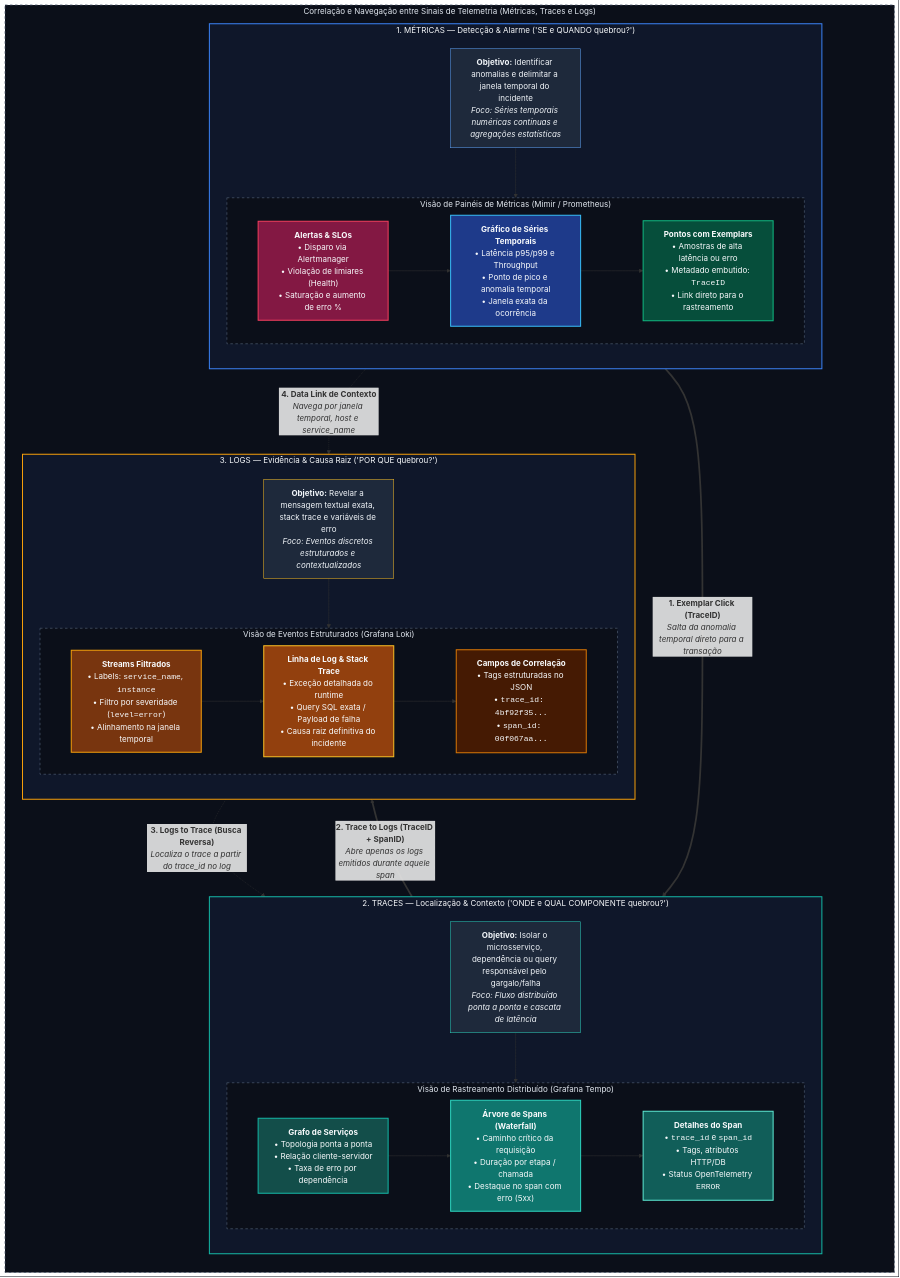
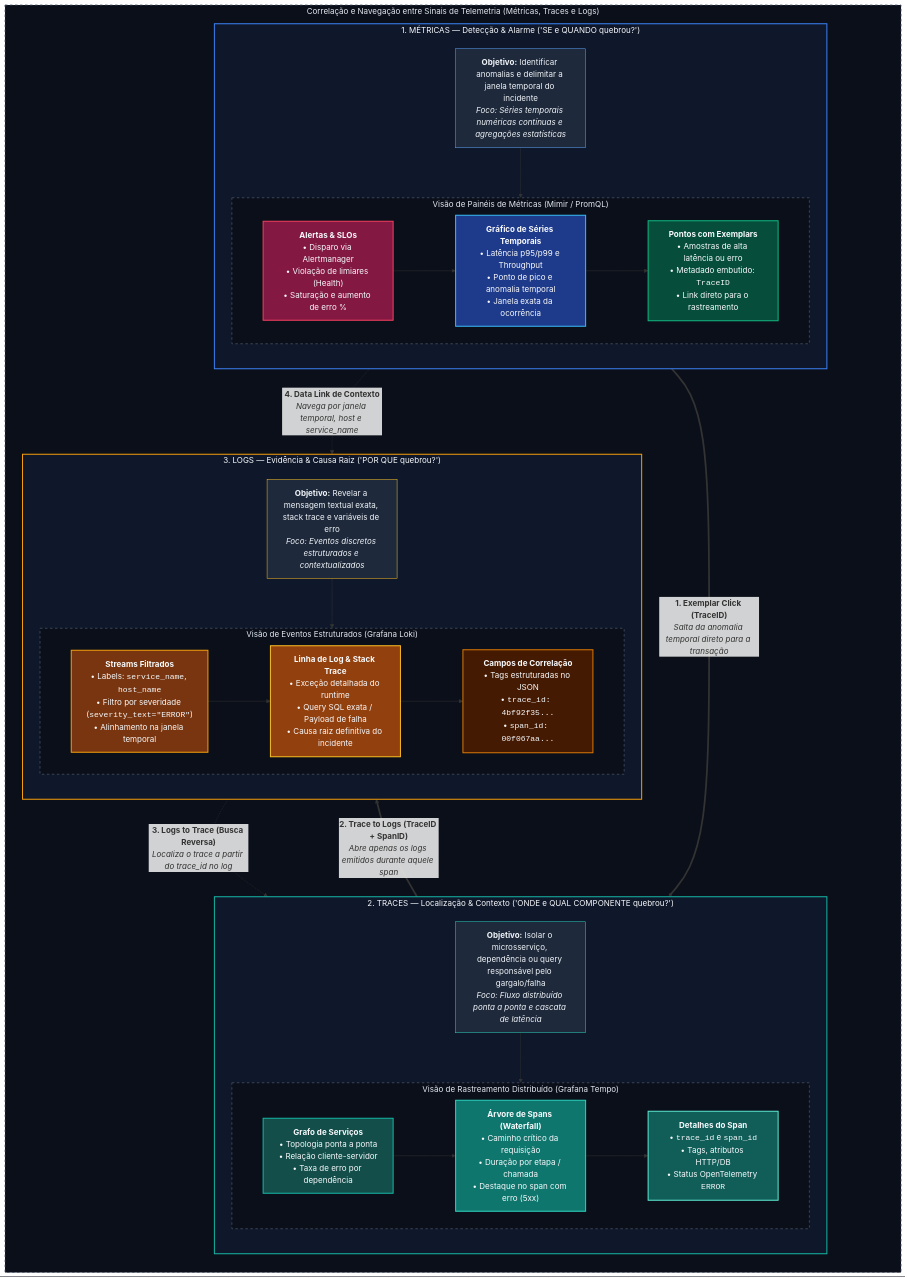
The diagram in docs/diagrams/telemetry-signals-correlation.mmd (danielsabatini/lgtm-stack-otel), drawn with Mermaid before and after one commit. The commit also changed 80 other files, not shown here.

```diff
--- a/docs/diagrams/telemetry-signals-correlation.mmd
+++ b/docs/diagrams/telemetry-signals-correlation.mmd
@@ -1,116 +1,116 @@
 flowchart TB
     %% =========================================================================
     %% Diagrama: Correlação e Navegação entre os 3 Sinais da Observabilidade
     %% Documento: docs/OBSERVABILITY-METHODOLOGY.md
     %% =========================================================================
 
     subgraph ObservabilityPillars ["Correlação e Navegação entre Sinais de Telemetria (Métricas, Traces e Logs)"]
         direction TB
 
         %% ---------------------------------------------------------------------
         %% 1. DOMÍNIO DE MÉTRICAS
         %% ---------------------------------------------------------------------
         subgraph MetricsDomain ["1. MÉTRICAS — Detecção & Alarme ('SE e QUANDO quebrou?')"]
             direction TB
             MetricsInfo["<b>Objetivo:</b> Identificar anomalias e delimitar a janela temporal do incidente<br/><i>Foco: Séries temporais numéricas contínuas e agregações estatísticas</i>"]
 
-            subgraph MetricsComponents ["Visão de Painéis de Métricas (Mimir / Prometheus)"]
+            subgraph MetricsComponents ["Visão de Painéis de Métricas (Mimir / PromQL)"]
                 direction LR
                 Alerts["<b>Alertas & SLOs</b><br/>• Disparo via Alertmanager<br/>• Violação de limiares (Health)<br/>• Saturação e aumento de erro %"]
                 TimeSeries["<b>Gráfico de Séries Temporais</b><br/>• Latência p95/p99 e Throughput<br/>• Ponto de pico e anomalia temporal<br/>• Janela exata da ocorrência"]
                 Exemplars["<b>Pontos com Exemplars</b><br/>• Amostras de alta latência ou erro<br/>• Metadado embutido: <code>TraceID</code><br/>• Link direto para o rastreamento"]
             end
             MetricsInfo --> MetricsComponents
             Alerts --> TimeSeries
             TimeSeries --> Exemplars
         end
 
         %% ---------------------------------------------------------------------
         %% 2. DOMÍNIO DE TRACES
         %% ---------------------------------------------------------------------
         subgraph TracesDomain ["2. TRACES — Localização & Contexto ('ONDE e QUAL COMPONENTE quebrou?')"]
             direction TB
             TracesInfo["<b>Objetivo:</b> Isolar o microsserviço, dependência ou query responsável pelo gargalo/falha<br/><i>Foco: Fluxo distribuído ponta a ponta e cascata de latência</i>"]
 
             subgraph TracesComponents ["Visão de Rastreamento Distribuído (Grafana Tempo)"]
                 direction LR
                 ServiceGraph["<b>Grafo de Serviços</b><br/>• Topologia ponta a ponta<br/>• Relação cliente-servidor<br/>• Taxa de erro por dependência"]
                 TraceWaterfall["<b>Árvore de Spans (Waterfall)</b><br/>• Caminho crítico da requisição<br/>• Duração por etapa / chamada<br/>• Destaque no span com erro (5xx)"]
                 SpanDetails["<b>Detalhes do Span</b><br/>• <code>trace_id</code> e <code>span_id</code><br/>• Tags, atributos HTTP/DB<br/>• Status OpenTelemetry <code>ERROR</code>"]
             end
             TracesInfo --> TracesComponents
             ServiceGraph --> TraceWaterfall
             TraceWaterfall --> SpanDetails
         end
 
         %% ---------------------------------------------------------------------
         %% 3. DOMÍNIO DE LOGS
         %% ---------------------------------------------------------------------
         subgraph LogsDomain ["3. LOGS — Evidência & Causa Raiz ('POR QUE quebrou?')"]
             direction TB
             LogsInfo["<b>Objetivo:</b> Revelar a mensagem textual exata, stack trace e variáveis de erro<br/><i>Foco: Eventos discretos estruturados e contextualizados</i>"]
 
             subgraph LogsComponents ["Visão de Eventos Estruturados (Grafana Loki)"]
                 direction LR
-                LogStreams["<b>Streams Filtrados</b><br/>• Labels: <code>service_name</code>, <code>instance</code><br/>• Filtro por severidade (<code>level=error</code>)<br/>• Alinhamento na janela temporal"]
+                LogStreams["<b>Streams Filtrados</b><br/>• Labels: <code>service_name</code>, <code>host_name</code><br/>• Filtro por severidade (<code>severity_text=#quot;ERROR#quot;</code>)<br/>• Alinhamento na janela temporal"]
                 LogDetails["<b>Linha de Log & Stack Trace</b><br/>• Exceção detalhada do runtime<br/>• Query SQL exata / Payload de falha<br/>• Causa raiz definitiva do incidente"]
                 LogCorrelation["<b>Campos de Correlação</b><br/>• Tags estruturadas no JSON<br/>• <code>trace_id: 4bf92f35...</code><br/>• <code>span_id: 00f067aa...</code>"]
             end
             LogsInfo --> LogsComponents
             LogStreams --> LogDetails
             LogDetails --> LogCorrelation
         end
 
         %% ---------------------------------------------------------------------
         %% RELAÇÕES E MECANISMOS DE INTEGRAÇÃO / CORRELAÇÃO
         %% ---------------------------------------------------------------------
         Exemplars ==>|"<b>1. Exemplar Click (TraceID)</b><br/><i>Salta da anomalia temporal direto para a transação</i>"| TraceWaterfall
         SpanDetails ==>|"<b>2. Trace to Logs (TraceID + SpanID)</b><br/><i>Abre apenas os logs emitidos durante aquele span</i>"| LogDetails
         LogCorrelation -.->|"<b>3. Logs to Trace (Busca Reversa)</b><br/><i>Localiza o trace a partir do trace_id no log</i>"| TraceWaterfall
         TimeSeries -.->|"<b>4. Data Link de Contexto</b><br/><i>Navega por janela temporal, host e service_name</i>"| LogStreams
     end
 
     %% =========================================================================
     %% ESTILIZAÇÃO VISUAL PROFISSIONAL (Dark Theme Alinhado)
     %% =========================================================================
     classDef containerStyle fill:#0b0f19,stroke:#475569,stroke-width:1.5px,stroke-dasharray: 5 5,color:#e2e8f0;
     classDef domainMetricsStyle fill:#0f172a,stroke:#3b82f6,stroke-width:2px,color:#f8fafc;
     classDef domainTracesStyle fill:#0f172a,stroke:#14b8a6,stroke-width:2px,color:#f8fafc;
     classDef domainLogsStyle fill:#0f172a,stroke:#f59e0b,stroke-width:2px,color:#f8fafc;
 
     classDef infoMetricsStyle fill:#1e293b,stroke:#60a5fa,stroke-width:1px,color:#f1f5f9;
     classDef infoTracesStyle fill:#1e293b,stroke:#2dd4bf,stroke-width:1px,color:#f1f5f9;
     classDef infoLogsStyle fill:#1e293b,stroke:#fbbf24,stroke-width:1px,color:#f1f5f9;
 
     classDef alertStyle fill:#831843,stroke:#f43f5e,stroke-width:2px,color:#f8fafc;
     classDef metricStyle fill:#1e3a8a,stroke:#38bdf8,stroke-width:2px,color:#f8fafc;
     classDef exemplarStyle fill:#064e3b,stroke:#10b981,stroke-width:2px,color:#f8fafc;
 
     classDef serviceGraphStyle fill:#134e4a,stroke:#14b8a6,stroke-width:2px,color:#f8fafc;
     classDef traceWaterfallStyle fill:#0f766e,stroke:#2dd4bf,stroke-width:2px,color:#f8fafc;
     classDef spanDetailStyle fill:#115e59,stroke:#5eead4,stroke-width:2px,color:#f8fafc;
 
     classDef logStreamStyle fill:#78350f,stroke:#f59e0b,stroke-width:2px,color:#f8fafc;
     classDef logDetailStyle fill:#92400e,stroke:#fbbf24,stroke-width:2px,color:#f8fafc;
     classDef logCorrelationStyle fill:#451a03,stroke:#d97706,stroke-width:2px,color:#f8fafc;
 
     class ObservabilityPillars,MetricsComponents,TracesComponents,LogsComponents containerStyle;
     class MetricsDomain domainMetricsStyle;
     class TracesDomain domainTracesStyle;
     class LogsDomain domainLogsStyle;
 
     class MetricsInfo infoMetricsStyle;
     class TracesInfo infoTracesStyle;
     class LogsInfo infoLogsStyle;
 
     class Alerts alertStyle;
     class TimeSeries metricStyle;
     class Exemplars exemplarStyle;
 
     class ServiceGraph serviceGraphStyle;
     class TraceWaterfall traceWaterfallStyle;
     class SpanDetails spanDetailStyle;
 
     class LogStreams logStreamStyle;
     class LogDetails logDetailStyle;
     class LogCorrelation logCorrelationStyle;
```
